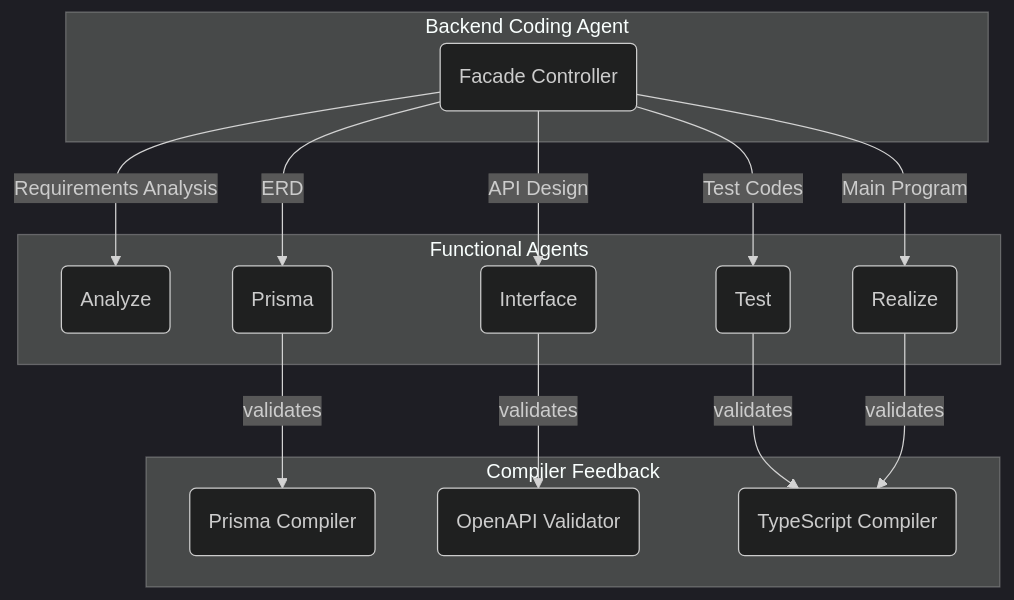
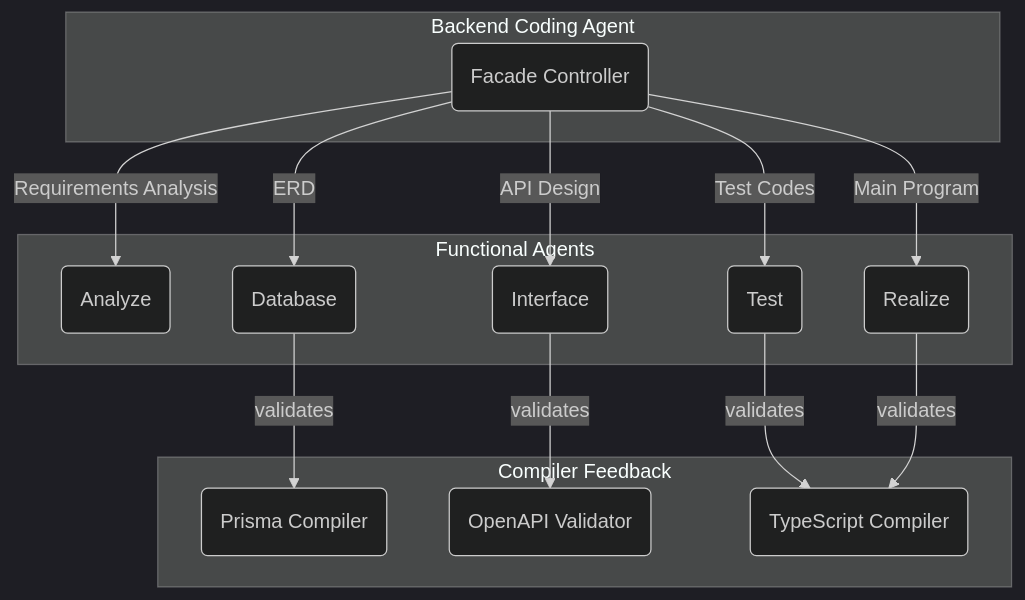
Before and after one commit to wrtnlabs/autobe: the first of 3 diagrams in website/articles/dev.to/autobe-ai-friendly-compilers.md, drawn with Mermaid (dark theme). The commit also changed 9 other files, not shown here.

````diff
--- a/website/articles/dev.to/autobe-ai-friendly-compilers.md
+++ b/website/articles/dev.to/autobe-ai-friendly-compilers.md
@@ -23,19 +23,19 @@
 ```mermaid
 flowchart
 subgraph "Backend Coding Agent"
   coder("Facade Controller")
 end
 subgraph "Functional Agents"
   coder --"Requirements Analysis"--> analyze("Analyze")
-  coder --"ERD"--> prisma("Prisma")
+  coder --"ERD"--> database("Database")
   coder --"API Design"--> interface("Interface")
   coder --"Test Codes" --> test("Test")
   coder --"Main Program" --> realize("Realize")
 end
 subgraph "Compiler Feedback"
-  prisma --"validates" --> prismaCompiler("Prisma Compiler")
+  database --"validates" --> prismaCompiler("Prisma Compiler")
   interface --"validates" --> openapiValidator("OpenAPI Validator")
   test --"validates" --> tsCompiler("TypeScript Compiler")
   realize --"validates" --> tsCompiler("TypeScript Compiler")
 end
 ```
````
